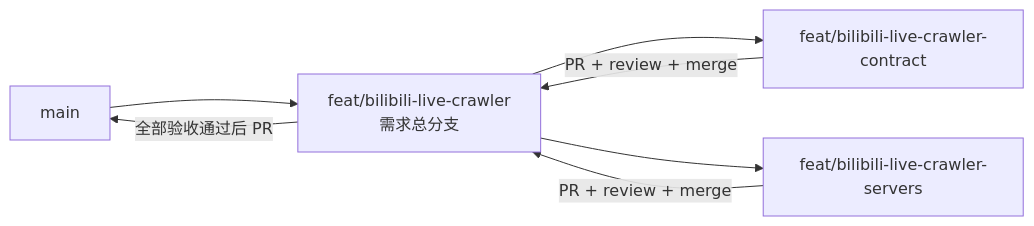
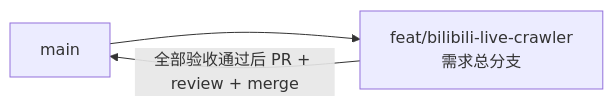
Before and after one commit to Deliay/z-vtuber: the diagram in docs/engineering/plans/20260814-plan-bilibili-live-crawler.md, drawn with Mermaid. The commit also changed other lines of this file, not shown here.

Commit message:
docs: simplify plan to single feat branch workflow

````diff
--- a/docs/engineering/plans/20260814-plan-bilibili-live-crawler.md
+++ b/docs/engineering/plans/20260814-plan-bilibili-live-crawler.md
@@ -35,9 +35,5 @@
 ```mermaid
 flowchart LR
     MAIN[main] --> FEAT[feat/bilibili-live-crawler<br>需求总分支]
-    FEAT --> DEV1[feat/bilibili-live-crawler-contract]
-    FEAT --> DEV2[feat/bilibili-live-crawler-servers]
-    DEV1 -->|PR + review + merge| FEAT
-    DEV2 -->|PR + review + merge| FEAT
-    FEAT -->|全部验收通过后 PR| MAIN
+    FEAT -->|全部验收通过后 PR + review + merge| MAIN
 ```
````
